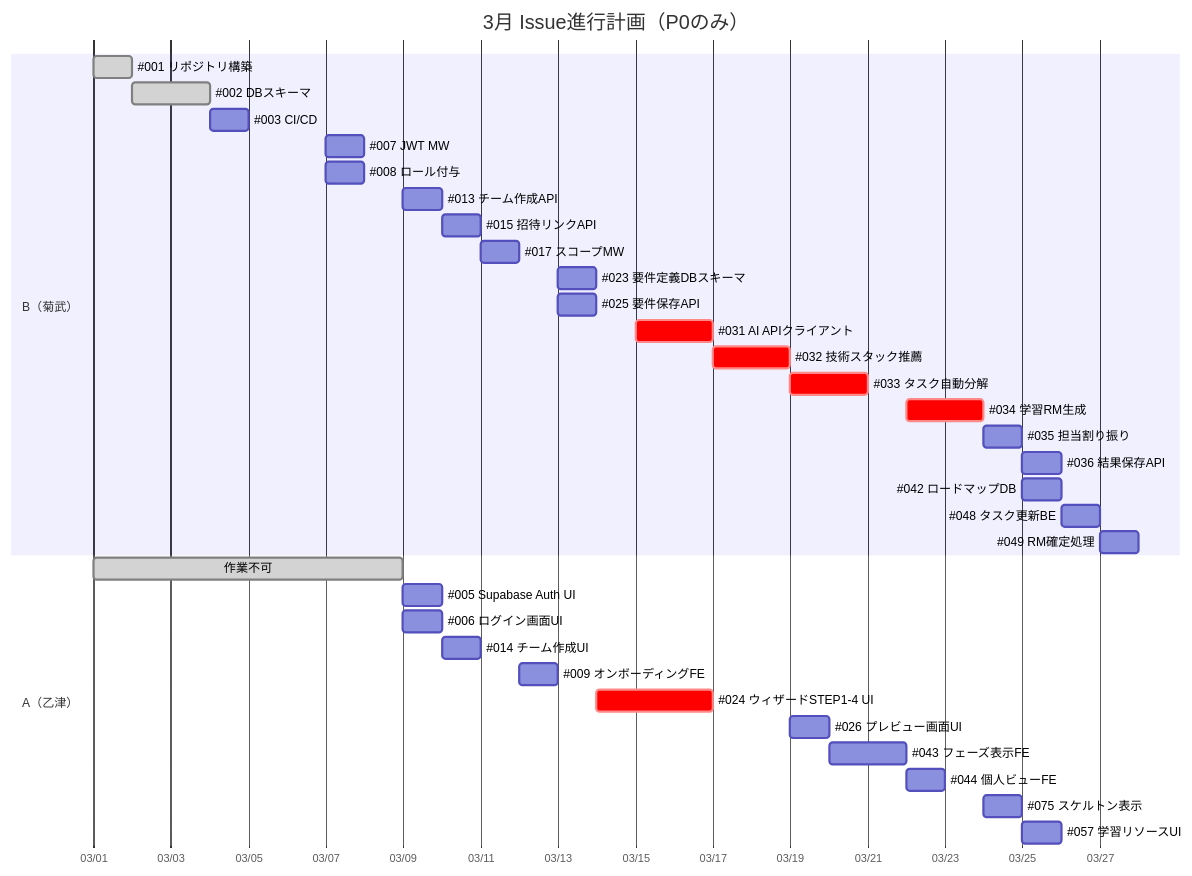
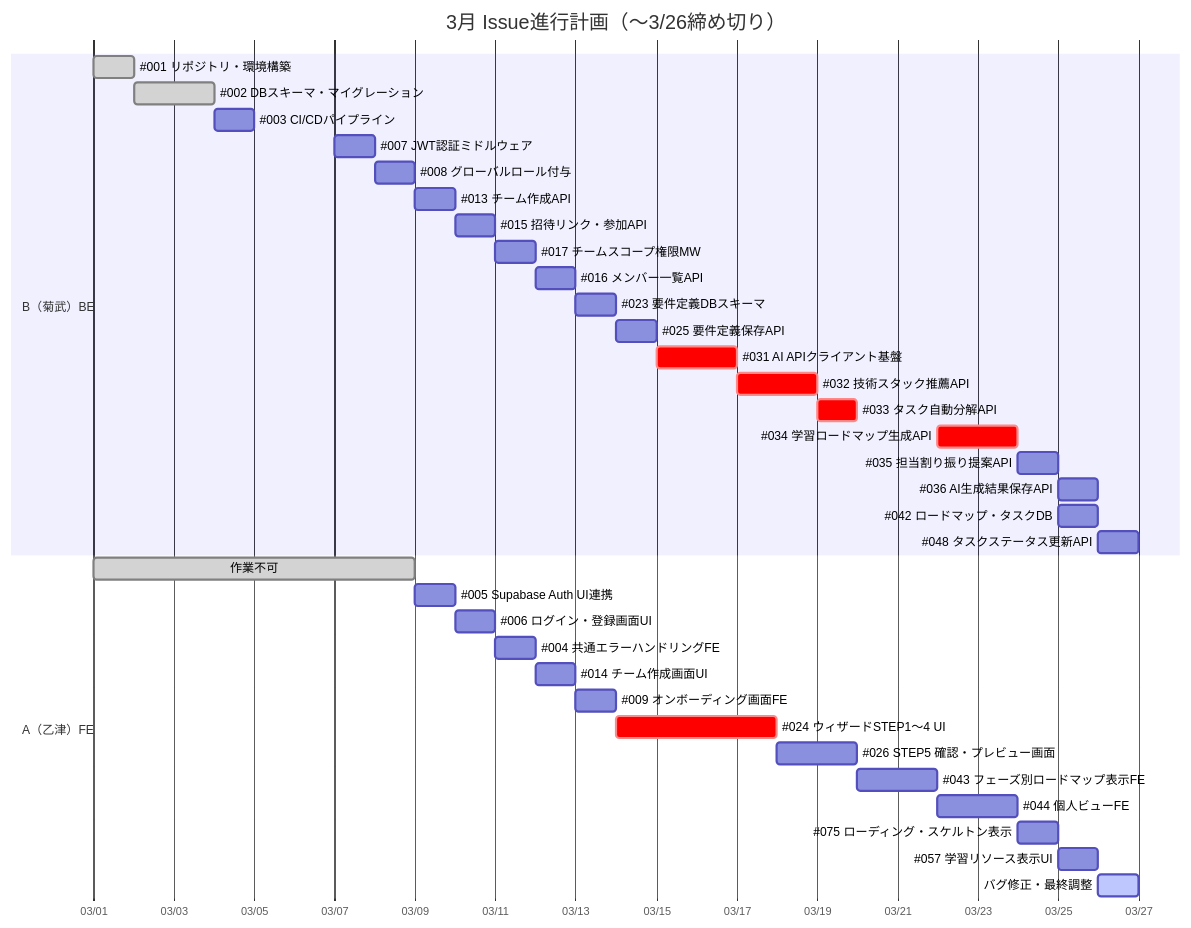
One commit to oto1720/mermaid changed the first of 2 diagrams in issue-assignment.md. Above: the diagram before and after it, drawn with Mermaid. The commit also changed other lines of this file, not shown here.

````diff
--- a/issue-assignment.md
+++ b/issue-assignment.md
@@ -151,40 +24,42 @@
 ```mermaid
 gantt
-    title 3月 Issue進行計画（P0のみ）
+    title 3月 Issue進行計画（〜3/26締め切り）
     dateFormat MM-DD
     axisFormat %m/%d
 
-    section B（菊武）
-    #001 リポジトリ構築          :done,     b001, 03-01, 1d
-    #002 DBスキーマ              :done,     b002, 03-02, 2d
-    #003 CI/CD                   :          b003, 03-04, 1d
-    #007 JWT MW                  :          b007, 03-07, 1d
-    #008 ロール付与              :          b008, 03-07, 1d
-    #013 チーム作成API           :          b013, 03-09, 1d
-    #015 招待リンクAPI           :          b015, 03-10, 1d
-    #017 スコープMW              :          b017, 03-11, 1d
-    #023 要件定義DBスキーマ      :          b023, 03-13, 1d
-    #025 要件保存API             :          b025, 03-13, 1d
-    #031 AI APIクライアント      :crit,     b031, 03-15, 2d
-    #032 技術スタック推薦        :crit,     b032, 03-17, 2d
-    #033 タスク自動分解          :crit,     b033, 03-19, 2d
-    #034 学習RM生成              :crit,     b034, 03-22, 2d
-    #035 担当割り振り            :          b035, 03-24, 1d
-    #036 結果保存API             :          b036, 03-25, 1d
-    #042 ロードマップDB          :          b042, 03-25, 1d
-    #048 タスク更新BE            :          b048, 03-26, 1d
-    #049 RM確定処理              :          b049, 03-27, 1d
+    section B（菊武）BE
+    #001 リポジトリ・環境構築          :done,  b001, 03-01, 1d
+    #002 DBスキーマ・マイグレーション   :done,  b002, 03-02, 2d
+    #003 CI/CDパイプライン             :       b003, 03-04, 1d
+    #007 JWT認証ミドルウェア           :       b007, 03-07, 1d
+    #008 グローバルロール付与          :       b008, 03-08, 1d
+    #013 チーム作成API                 :       b013, 03-09, 1d
+    #015 招待リンク・参加API           :       b015, 03-10, 1d
+    #017 チームスコープ権限MW          :       b017, 03-11, 1d
+    #016 メンバー一覧API               :       b016, 03-12, 1d
+    #023 要件定義DBスキーマ            :       b023, 03-13, 1d
+    #025 要件定義保存API               :       b025, 03-14, 1d
+    #031 AI APIクライアント基盤         :crit,  b031, 03-15, 2d
+    #032 技術スタック推薦API           :crit,  b032, 03-17, 2d
+    #033 タスク自動分解API             :crit,  b033, 03-19, 1d
+    #034 学習ロードマップ生成API        :crit,  b034, 03-22, 2d
+    #035 担当割り振り提案API           :       b035, 03-24, 1d
+    #036 AI生成結果保存API             :       b036, 03-25, 1d
+    #042 ロードマップ・タスクDB        :       b042, 03-25, 1d
+    #048 タスクステータス更新API        :       b048, 03-26, 1d
 
-    section A（乙津）
-    作業不可                     :done,     a_off, 03-01, 8d
-    #005 Supabase Auth UI        :          a005, 03-09, 1d
-    #006 ログイン画面UI          :          a006, 03-09, 1d
-    #014 チーム作成UI            :          a014, 03-10, 1d
-    #009 オンボーディングFE      :          a009, 03-12, 1d
-    #024 ウィザードSTEP1-4 UI    :crit,     a024, 03-14, 3d
-    #026 プレビュー画面UI        :          a026, 03-19, 1d
-    #043 フェーズ表示FE          :          a043, 03-20, 2d
-    #044 個人ビューFE            :          a044, 03-22, 1d
-    #075 スケルトン表示          :          a075, 03-24, 1d
-    #057 学習リソースUI          :          a057, 03-25, 1d
+    section A（乙津）FE
+    作業不可                           :done,  a_off, 03-01, 8d
+    #005 Supabase Auth UI連携          :       a005, 03-09, 1d
+    #006 ログイン・登録画面UI          :       a006, 03-10, 1d
+    #004 共通エラーハンドリングFE       :       a004, 03-11, 1d
+    #014 チーム作成画面UI              :       a014, 03-12, 1d
+    #009 オンボーディング画面FE        :       a009, 03-13, 1d
+    #024 ウィザードSTEP1〜4 UI         :crit,  a024, 03-14, 4d
+    #026 STEP5 確認・プレビュー画面    :       a026, 03-18, 2d
+    #043 フェーズ別ロードマップ表示FE  :       a043, 03-20, 2d
+    #044 個人ビューFE                  :       a044, 03-22, 2d
+    #075 ローディング・スケルトン表示  :       a075, 03-24, 1d
+    #057 学習リソース表示UI            :       a057, 03-25, 1d
+    バグ修正・最終調整                 :active, a_buf, 03-26, 1d
 ```
````
